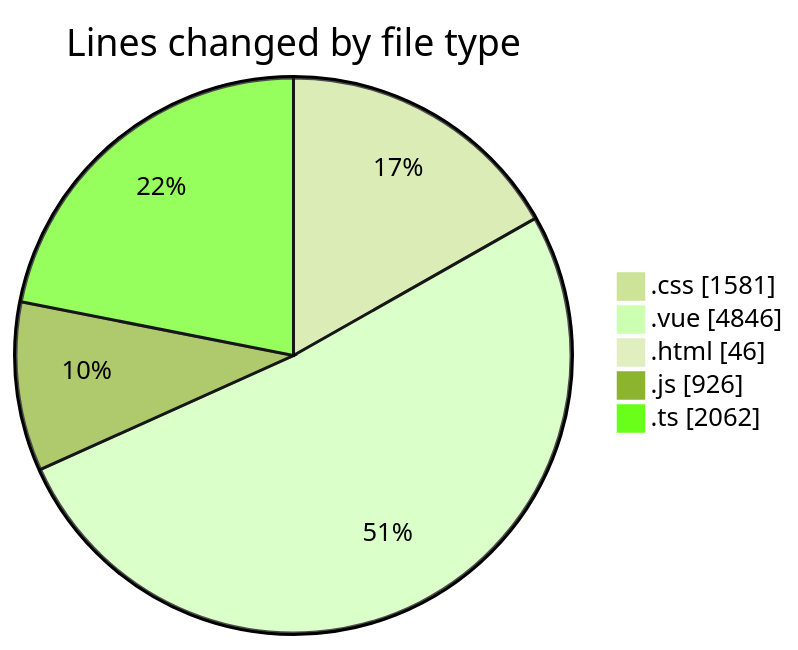
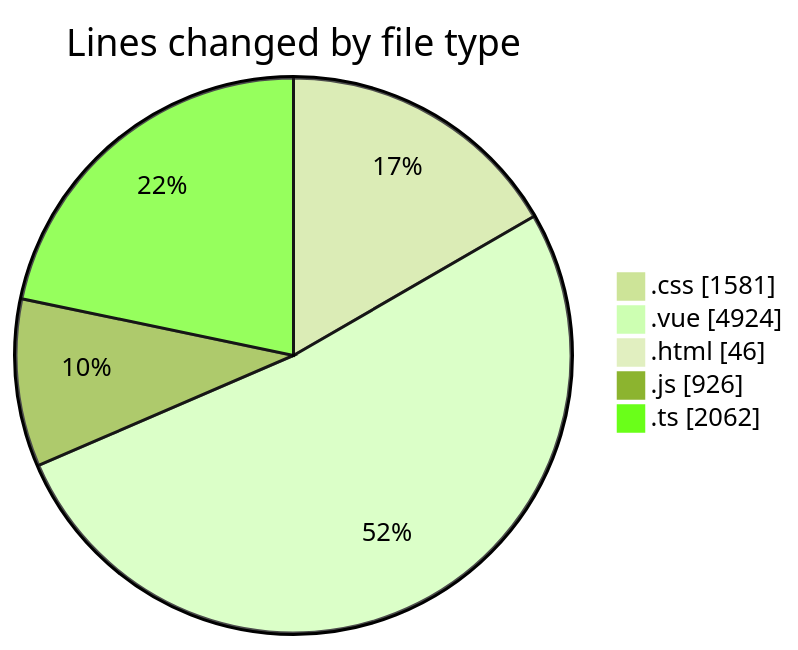
One commit to lephambinh05/code-tracking changed the first of 2 diagrams in 2025-08-18/rentotp/README.md. Above: the diagram before and after it, drawn with Mermaid (forest theme). The commit also changed other lines of this file and 1 other file, not shown here.

````diff
--- a/2025-08-18/rentotp/README.md
+++ b/2025-08-18/rentotp/README.md
@@ -51,9 +51,9 @@
 ```mermaid
 pie showData
 title Lines changed by file type
 ".css" : 1581
-".vue" : 4846
+".vue" : 4924
 ".html" : 46
 ".js" : 926
 ".ts" : 2062
 ```
````
